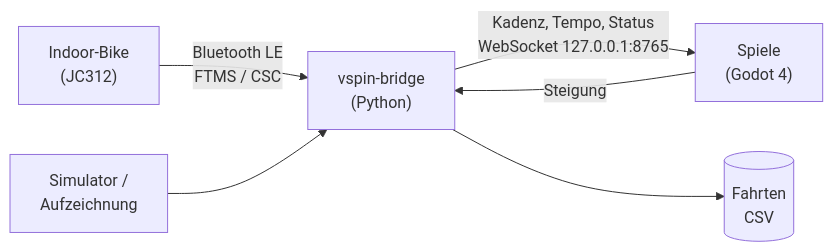
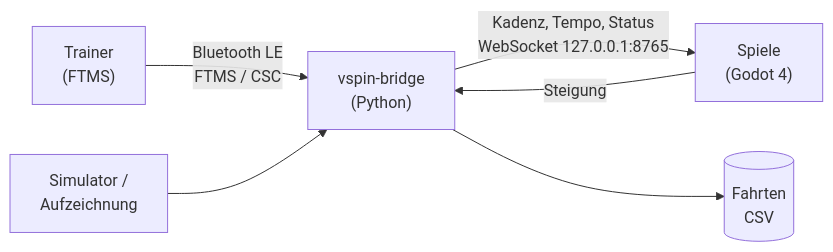
The diagram in README.md (interias/VSpin), drawn with Mermaid before and after one commit. The commit also changed other lines of this file and 21 other files, not shown here.

````diff
--- a/README.md
+++ b/README.md
@@ -31,8 +31,8 @@
 ```mermaid
 flowchart LR
-  Rad["Indoor-Bike<br>(JC312)"] -- "Bluetooth LE<br>FTMS / CSC" --> Bridge
+  Rad["Trainer<br>(FTMS)"] -- "Bluetooth LE<br>FTMS / CSC" --> Bridge
   Sim["Simulator /<br>Aufzeichnung"] --> Bridge
   Bridge["vspin-bridge<br>(Python)"] -- "Kadenz, Tempo, Status<br>WebSocket 127.0.0.1:8765" --> Spiel["Spiele<br>(Godot 4)"]
   Spiel -- "Steigung" --> Bridge
   Bridge --> Sessions[("Fahrten<br>CSV")]
 ```
````
